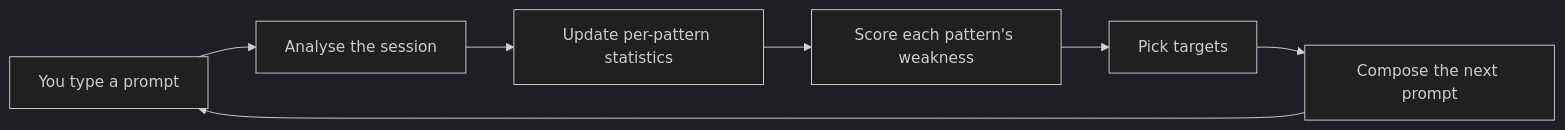
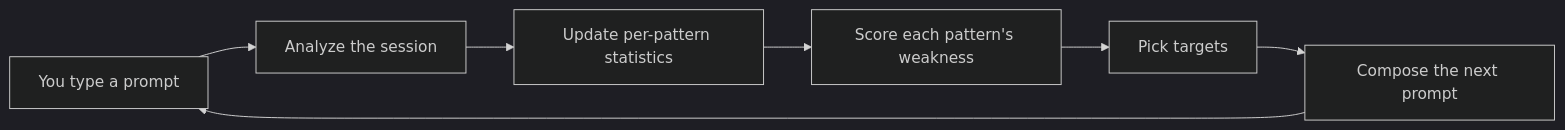
Before and after one commit to latentce/typ: the first of 4 diagrams in docs/how-it-works.md, drawn with Mermaid (dark theme). The commit also changed other lines of this file and 40 other files, not shown here.

````diff
--- a/docs/how-it-works.md
+++ b/docs/how-it-works.md
@@ -6,9 +6,9 @@
 ```mermaid
 flowchart LR
-    A["You type a prompt"] --> B["Analyse the session"]
+    A["You type a prompt"] --> B["Analyze the session"]
     B --> C["Update per-pattern statistics"]
     C --> D["Score each pattern's weakness"]
     D --> E["Pick targets"]
     E --> F["Compose the next prompt"]
     F --> A
 ```
````
